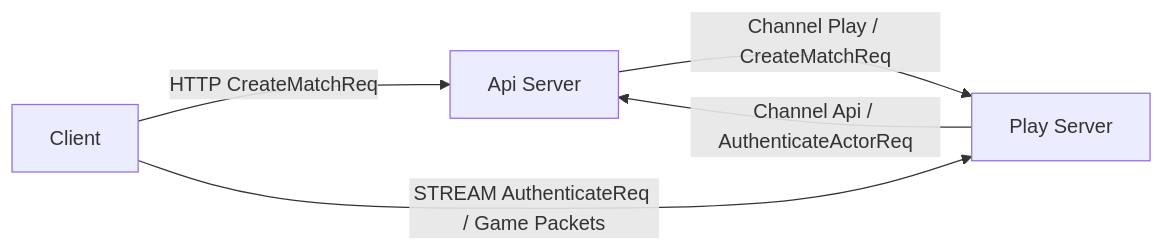
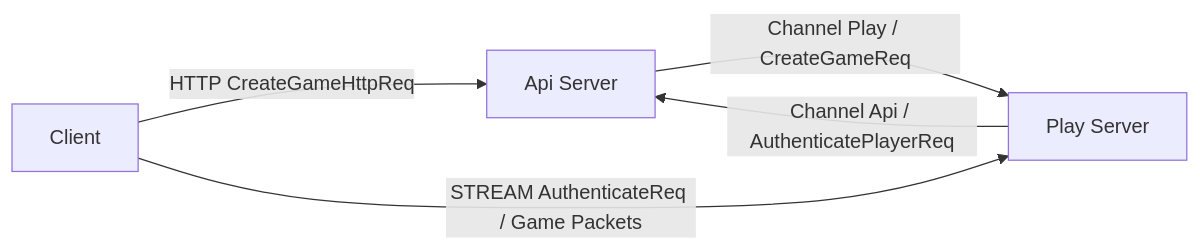
One commit to kairos-code-dev/zlink changed the first of 4 diagrams in framework/doc/spec/sample/tictactoe/direct.ko.md. Above: the diagram before and after it, drawn with Mermaid. The commit also changed other lines of this file and 160 other files, not shown here.

````diff
--- a/framework/doc/spec/sample/tictactoe/direct.ko.md
+++ b/framework/doc/spec/sample/tictactoe/direct.ko.md
@@ -26,11 +26,11 @@
 ```mermaid
 flowchart LR
     C[Client]
     API[Api Server]
     PLAY[Play Server]
 
-    C -->|HTTP CreateMatchReq| API
-    API -->|Channel Play / CreateMatchReq| PLAY
-    PLAY -->|Channel Api / AuthenticateActorReq| API
+    C -->|HTTP CreateGameHttpReq| API
+    API -->|Channel Play / CreateGameReq| PLAY
+    PLAY -->|Channel Api / AuthenticatePlayerReq| API
     C -->|STREAM AuthenticateReq / Game Packets| PLAY
 ```
````
